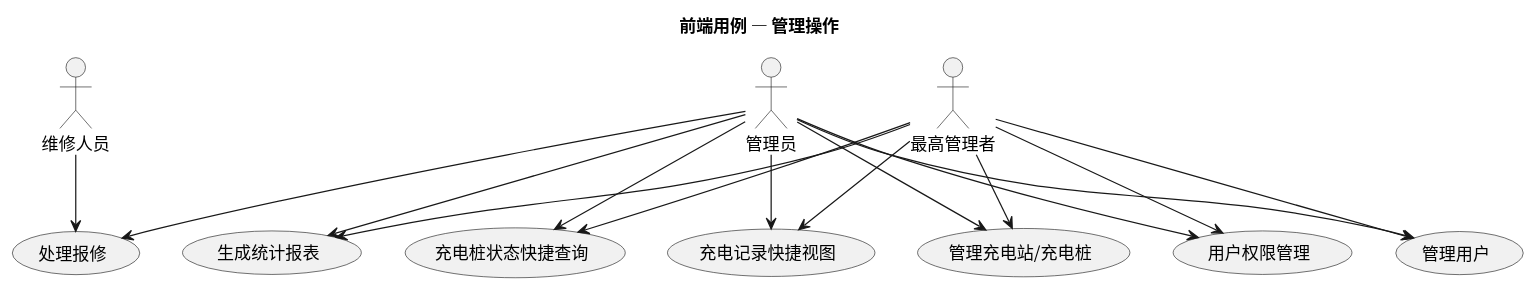
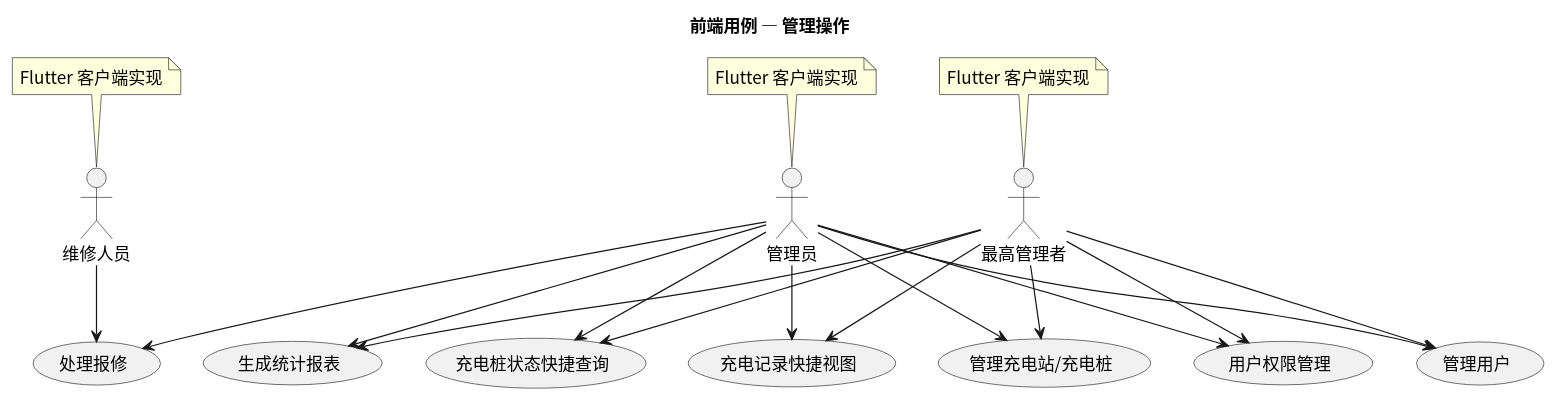
The diagram in usecase/docs/frontend/src/frontend_admin_usecases.puml (greenhandzdl/charging-station-doc), drawn with PlantUML before and after one commit. The commit also changed 36 other files, not shown here.

First line of the commit message:
feat: 前端技术栈切换为 Flutter — 类图拆分三文件、时序图扩充至七张、文档全面更新

```diff
--- a/usecase/docs/frontend/src/frontend_admin_usecases.puml
+++ b/usecase/docs/frontend/src/frontend_admin_usecases.puml
@@ -1,33 +1,37 @@
 @startuml
 skinparam defaultFontName "Noto Sans CJK SC"
 skinparam defaultFontSize 14
 title 前端用例 — 管理操作
 skinparam useCaseShape rectangle
 
 actor "管理员" as A
 actor "维修人员" as M
 actor "最高管理者" as SA
+
+note top of A : Flutter 客户端实现
+note top of M : Flutter 客户端实现
+note top of SA : Flutter 客户端实现
 
 usecase "处理报修" as HR
 usecase "管理充电站/充电桩" as MM
 usecase "用户权限管理" as PM
 usecase "管理用户" as MU
 usecase "生成统计报表" as GS
 usecase "充电桩状态快捷查询" as QC
 usecase "充电记录快捷视图" as QV
 
 A --> HR
 A --> MM
 A --> PM
 A --> MU
 A --> GS
 A --> QC
 A --> QV
 M --> HR
 SA --> MM
 SA --> PM
 SA --> MU
 SA --> GS
 SA --> QC
 SA --> QV
 @enduml
```
